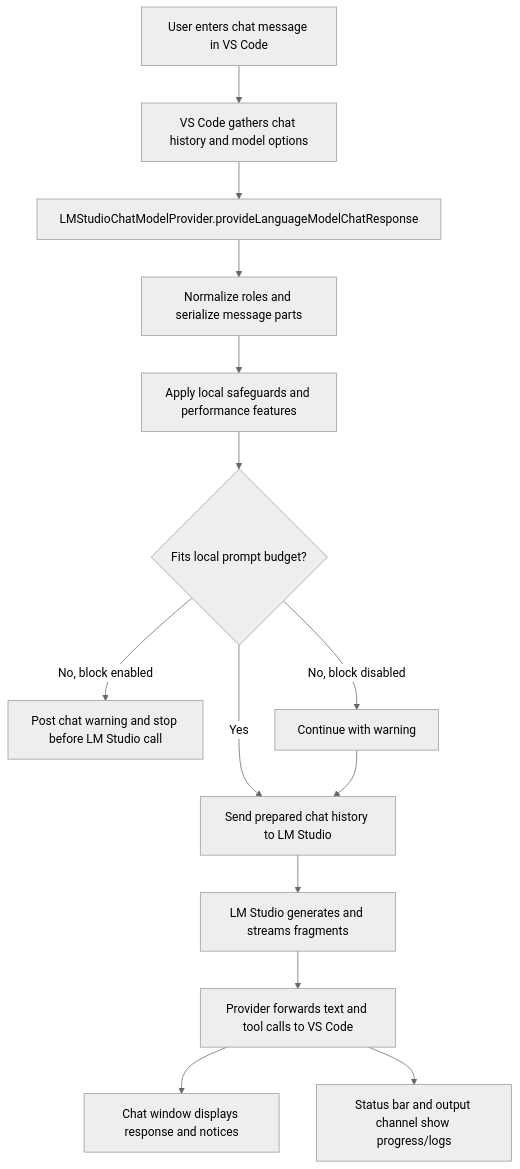
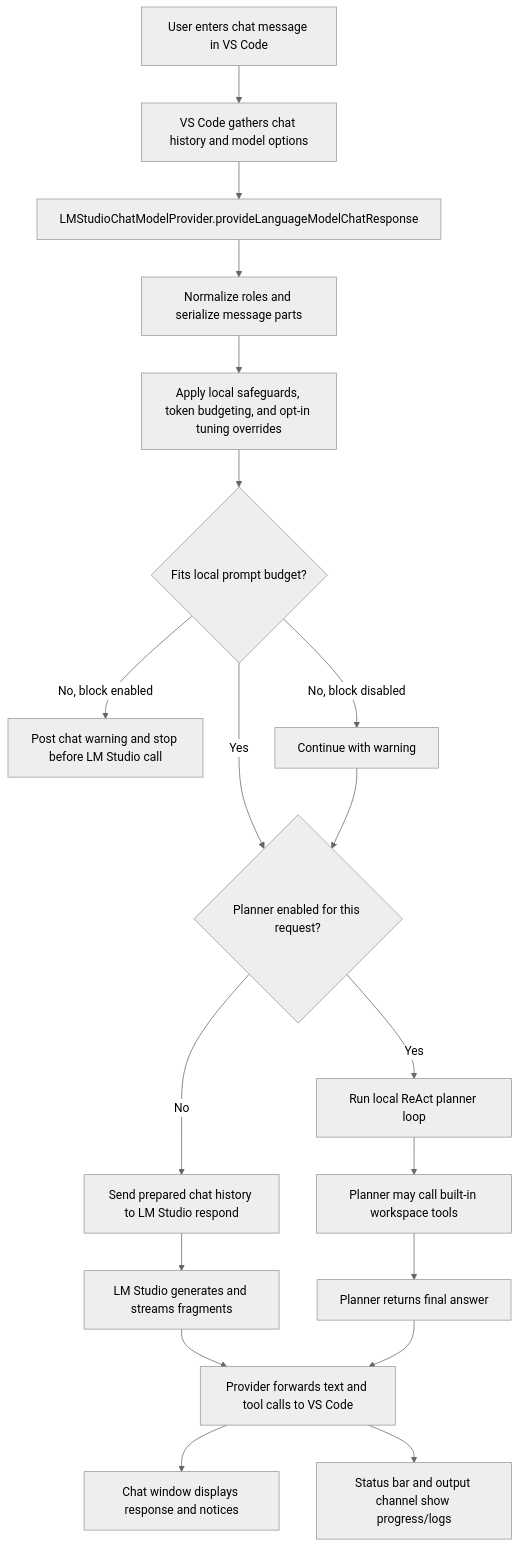
The second of 5 diagrams in docs/Architecture.md (AuriR/lmstudio-byok), drawn with Mermaid (neutral theme) before and after one commit. The commit also changed other lines of this file and 9 other files, not shown here.

Commit message:
Added ReAct-based planner and /plan, /noplan capabilities.

````diff
--- a/docs/Architecture.md
+++ b/docs/Architecture.md
@@ -140,16 +173,21 @@
 ```mermaid
 flowchart TD
     A[User enters chat message in VS Code] --> B[VS Code gathers chat history and model options]
     B --> C[LMStudioChatModelProvider.provideLanguageModelChatResponse]
     C --> D[Normalize roles and serialize message parts]
-    D --> E[Apply local safeguards and performance features]
+    D --> E[Apply local safeguards, token budgeting, and opt-in tuning overrides]
     E --> F{Fits local prompt budget?}
     F -- No, block enabled --> G[Post chat warning and stop before LM Studio call]
     F -- No, block disabled --> H[Continue with warning]
-    F -- Yes --> I[Send prepared chat history to LM Studio]
+    F -- Yes --> I{Planner enabled for this request?}
     H --> I
-    I --> J[LM Studio generates and streams fragments]
-    J --> K[Provider forwards text and tool calls to VS Code]
-    K --> L[Chat window displays response and notices]
-    K --> M[Status bar and output channel show progress/logs]
+    I -- No --> J[Send prepared chat history to LM Studio respond]
+    I -- Yes --> K[Run local ReAct planner loop]
+    J --> L[LM Studio generates and streams fragments]
+    K --> M[Planner may call built-in workspace tools]
+    M --> N[Planner returns final answer]
+    L --> O[Provider forwards text and tool calls to VS Code]
+    N --> O
+    O --> P[Chat window displays response and notices]
+    O --> Q[Status bar and output channel show progress/logs]
 ```
````
